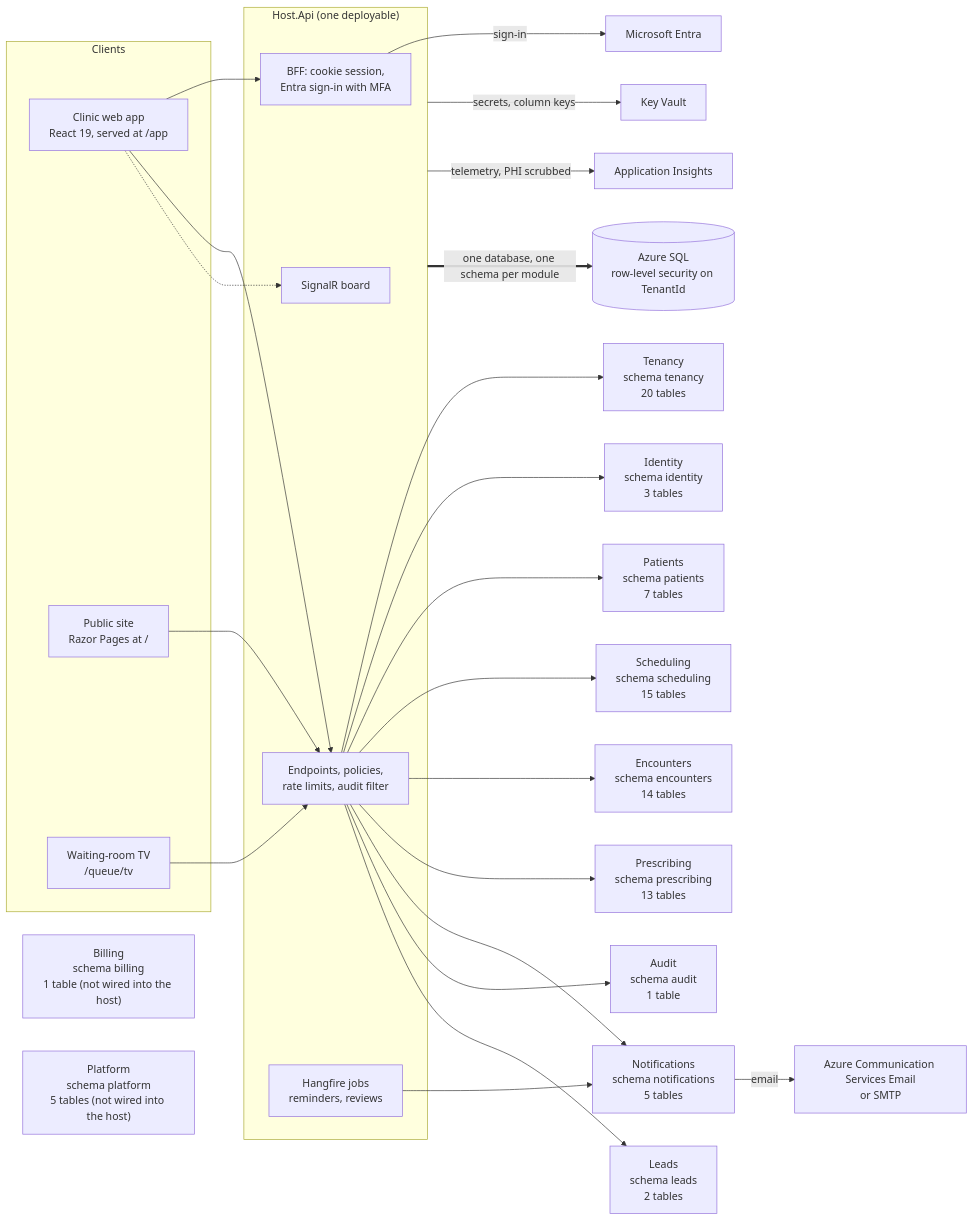
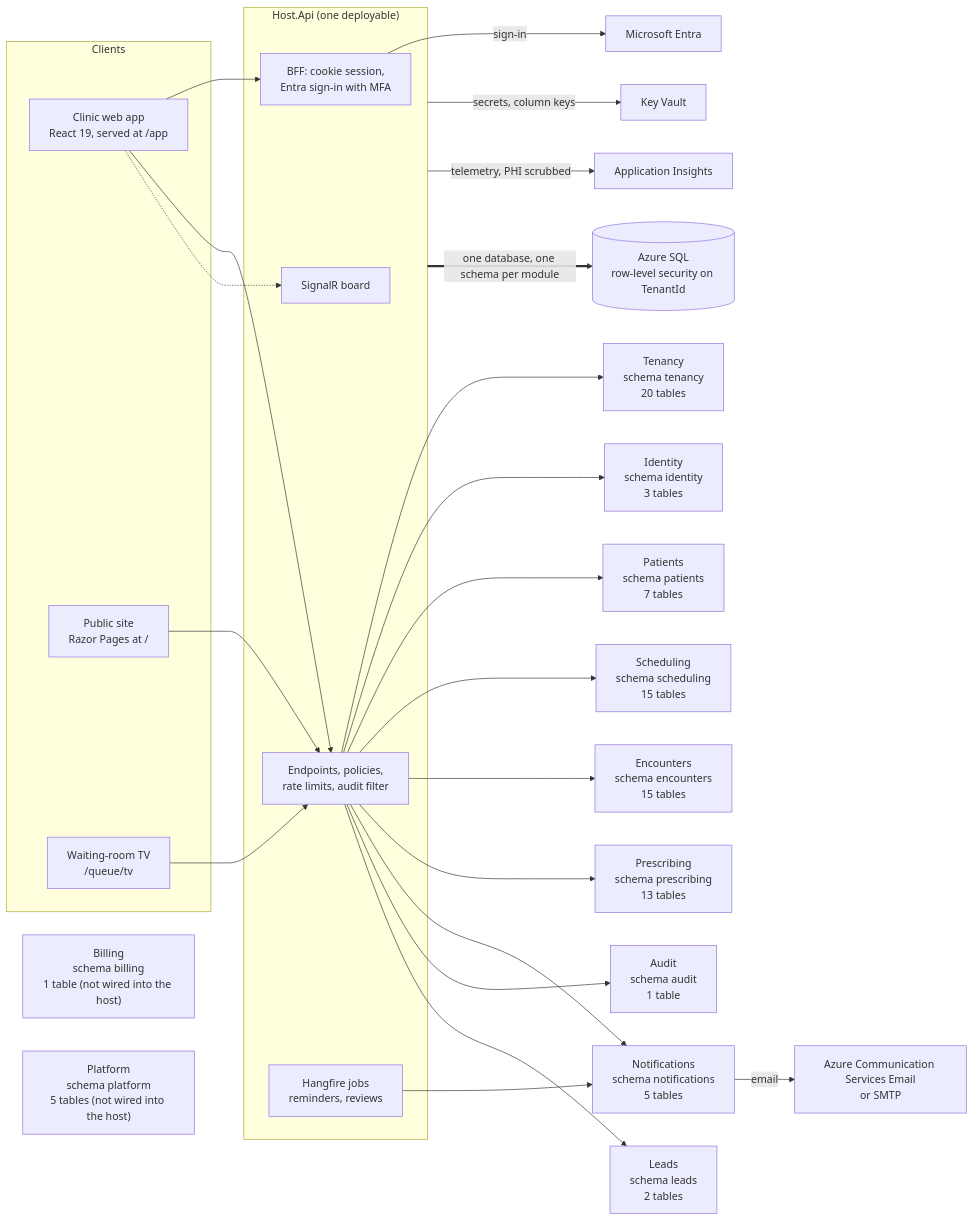
Before and after one commit to ALFRED-LUCIFER/medvya: the first of 14 diagrams in docs/03-architecture/erd.md, drawn with Mermaid. The commit also changed other lines of this file and 7 other files, not shown here.

````diff
--- a/docs/03-architecture/erd.md
+++ b/docs/03-architecture/erd.md
@@ -15,36 +15,36 @@
 ```mermaid
 flowchart LR
   subgraph Clients
     web["Clinic web app<br/>React 19, served at /app"]
     site["Public site<br/>Razor Pages at /"]
     tv["Waiting-room TV<br/>/queue/tv"]
   end
   subgraph Host["Host.Api (one deployable)"]
     bff["BFF: cookie session,<br/>Entra sign-in with MFA"]
     api["Endpoints, policies,<br/>rate limits, audit filter"]
     hub["SignalR board"]
     jobs["Hangfire jobs<br/>reminders, reviews"]
   end
   web --> bff
   web --> api
   web -.-> hub
   tv --> api
   site --> api
   api --> Tenancy["Tenancy<br/>schema tenancy<br/>20 tables"]
   api --> Identity["Identity<br/>schema identity<br/>3 tables"]
   api --> Patients["Patients<br/>schema patients<br/>7 tables"]
   api --> Scheduling["Scheduling<br/>schema scheduling<br/>15 tables"]
-  api --> Encounters["Encounters<br/>schema encounters<br/>14 tables"]
+  api --> Encounters["Encounters<br/>schema encounters<br/>15 tables"]
   api --> Prescribing["Prescribing<br/>schema prescribing<br/>13 tables"]
   api --> Notifications["Notifications<br/>schema notifications<br/>5 tables"]
   api --> Audit["Audit<br/>schema audit<br/>1 table"]
   api --> Leads["Leads<br/>schema leads<br/>2 tables"]
   Billing["Billing<br/>schema billing<br/>1 table (not wired into the host)"]
   Platform["Platform<br/>schema platform<br/>5 tables (not wired into the host)"]
   jobs --> Notifications
   bff -->|"sign-in"| entra["Microsoft Entra"]
   Notifications -->|"email"| mail["Azure Communication Services Email<br/>or SMTP"]
   Host -->|"secrets, column keys"| kv["Key Vault"]
   Host -->|"telemetry, PHI scrubbed"| ai["Application Insights"]
   Host ==>|"one database, one schema per module"| sql[("Azure SQL<br/>row-level security on TenantId")]
 ```
````
